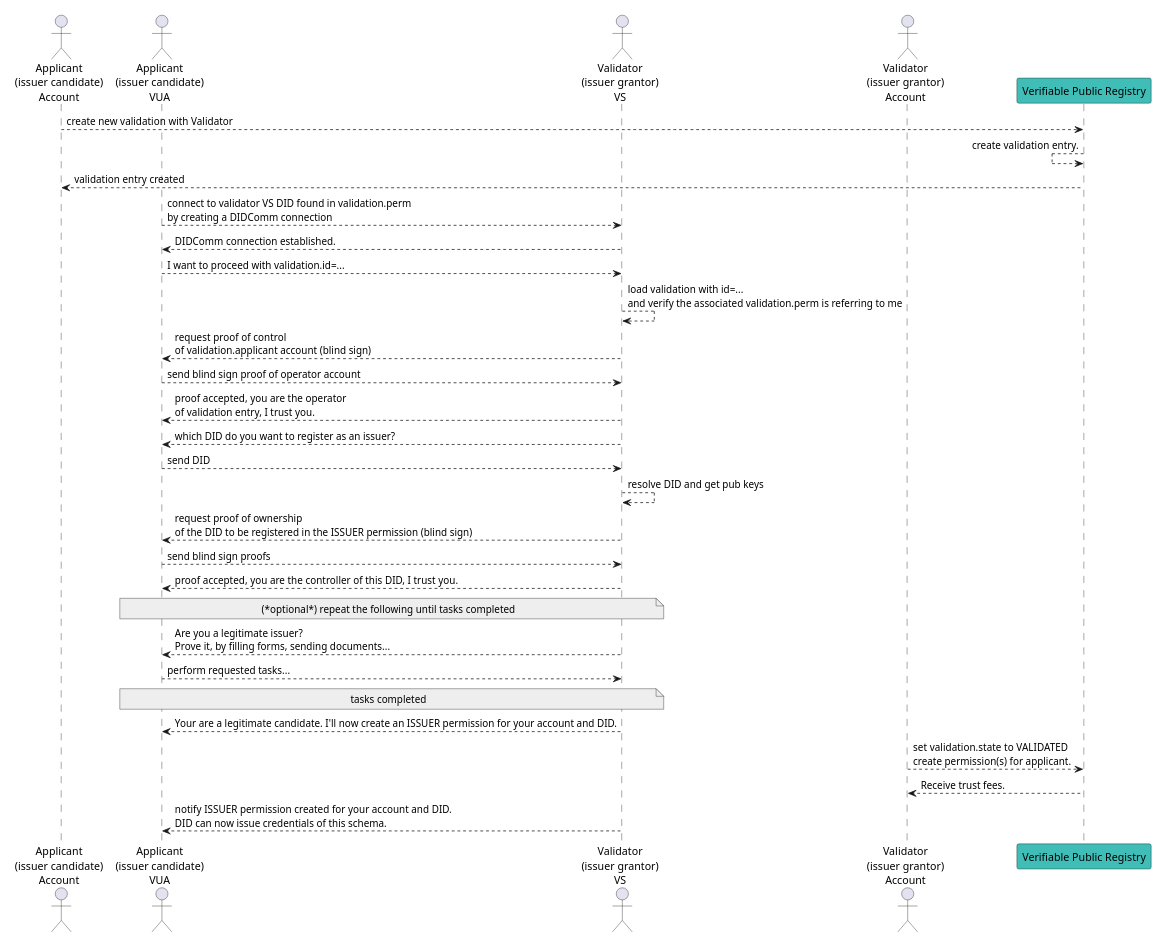
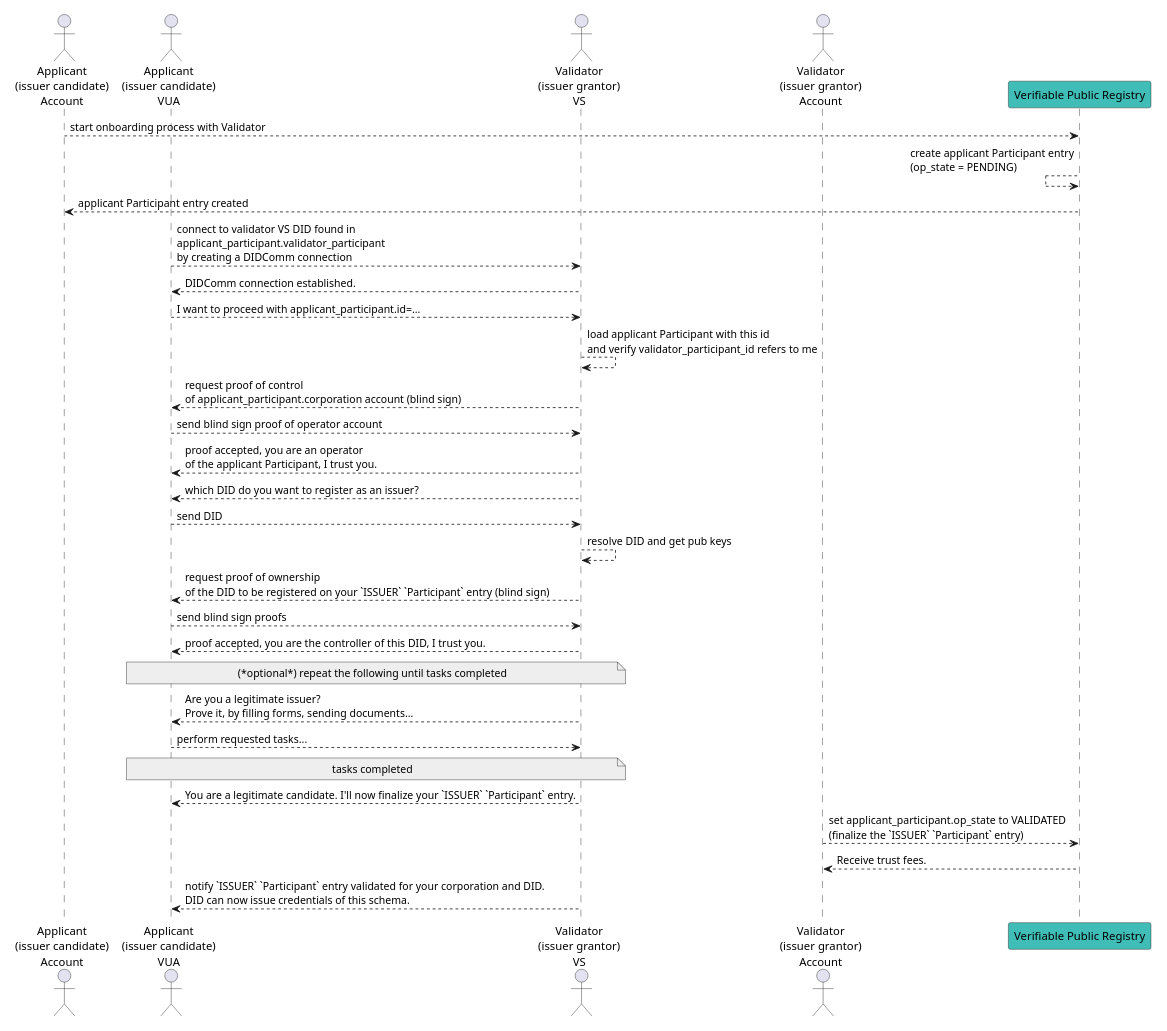
One commit to verana-labs/verifiable-trust-vpr-spec changed the seventh of 21 diagrams in spec.md. Above: the diagram before and after it, drawn with PlantUML. The commit also changed other lines of this file, not shown here.

First line of the commit message:
docs(spec): update Onboarding Process Trust Fees subsection for v4 Participant terminology

````diff
--- a/spec.md
+++ b/spec.md
@@ -645,35 +629,35 @@
 ```plantuml
 scale max 800 width
 actor "Applicant\n(issuer candidate)\nAccount" as ApplicantAccount 
 actor "Applicant\n(issuer candidate)\nVUA" as ApplicantBrowser 
 
 actor "Validator\n(issuer grantor)\nVS" as ValidatorVS
 actor "Validator\n(issuer grantor)\nAccount" as ValidatorAccount
 
 participant "Verifiable Public Registry" as VPR #3fbdb6
 
-ApplicantAccount --> VPR: create new validation with Validator 
-VPR <-- VPR: create validation entry.
-ApplicantAccount <-- VPR: validation entry created
-ApplicantBrowser --> ValidatorVS: connect to validator VS DID found in validation.perm\nby creating a DIDComm connection
+ApplicantAccount --> VPR: start onboarding process with Validator
+VPR <-- VPR: create applicant Participant entry\n(op_state = PENDING)
+ApplicantAccount <-- VPR: applicant Participant entry created
+ApplicantBrowser --> ValidatorVS: connect to validator VS DID found in\napplicant_participant.validator_participant\nby creating a DIDComm connection
 ApplicantBrowser <-- ValidatorVS: DIDComm connection established.
-ApplicantBrowser --> ValidatorVS: I want to proceed with validation.id=...
-ValidatorVS --> ValidatorVS: load validation with id=...\nand verify the associated validation.perm is referring to me
-ApplicantBrowser <-- ValidatorVS: request proof of control\nof validation.applicant account (blind sign)
+ApplicantBrowser --> ValidatorVS: I want to proceed with applicant_participant.id=...
+ValidatorVS --> ValidatorVS: load applicant Participant with this id\nand verify validator_participant_id refers to me
+ApplicantBrowser <-- ValidatorVS: request proof of control\nof applicant_participant.corporation account (blind sign)
 ApplicantBrowser --> ValidatorVS: send blind sign proof of operator account
-ApplicantBrowser <-- ValidatorVS: proof accepted, you are the operator\nof validation entry, I trust you.
+ApplicantBrowser <-- ValidatorVS: proof accepted, you are an operator\nof the applicant Participant, I trust you.
 ApplicantBrowser <-- ValidatorVS: which DID do you want to register as an issuer?
 ApplicantBrowser --> ValidatorVS: send DID
 ValidatorVS --> ValidatorVS: resolve DID and get pub keys
-ApplicantBrowser <-- ValidatorVS: request proof of ownership\nof the DID to be registered in the ISSUER permission (blind sign)
+ApplicantBrowser <-- ValidatorVS: request proof of ownership\nof the DID to be registered on your `ISSUER` `Participant` entry (blind sign)
 ApplicantBrowser --> ValidatorVS: send blind sign proofs
 ApplicantBrowser <-- ValidatorVS: proof accepted, you are the controller of this DID, I trust you.
 note over ApplicantBrowser, ValidatorVS #EEEEEE: (*optional*) repeat the following until tasks completed
 ApplicantBrowser <-- ValidatorVS: Are you a legitimate issuer?\nProve it, by filling forms, sending documents...
 ApplicantBrowser --> ValidatorVS: perform requested tasks...
 note over ApplicantBrowser, ValidatorVS #EEEEEE: tasks completed
-ApplicantBrowser <-- ValidatorVS: Your are a legitimate candidate. I'll now create an ISSUER permission for your account and DID.
-ValidatorAccount --> VPR #3fbdb6: set validation.state to VALIDATED\ncreate permission(s) for applicant.
+ApplicantBrowser <-- ValidatorVS: You are a legitimate candidate. I'll now finalize your `ISSUER` `Participant` entry.
+ValidatorAccount --> VPR #3fbdb6: set applicant_participant.op_state to VALIDATED\n(finalize the `ISSUER` `Participant` entry)
 VPR --> ValidatorAccount: Receive trust fees.
-ApplicantBrowser <-- ValidatorVS: notify ISSUER permission created for your account and DID.\nDID can now issue credentials of this schema.
+ApplicantBrowser <-- ValidatorVS: notify `ISSUER` `Participant` entry validated for your corporation and DID.\nDID can now issue credentials of this schema.
 ```
````
